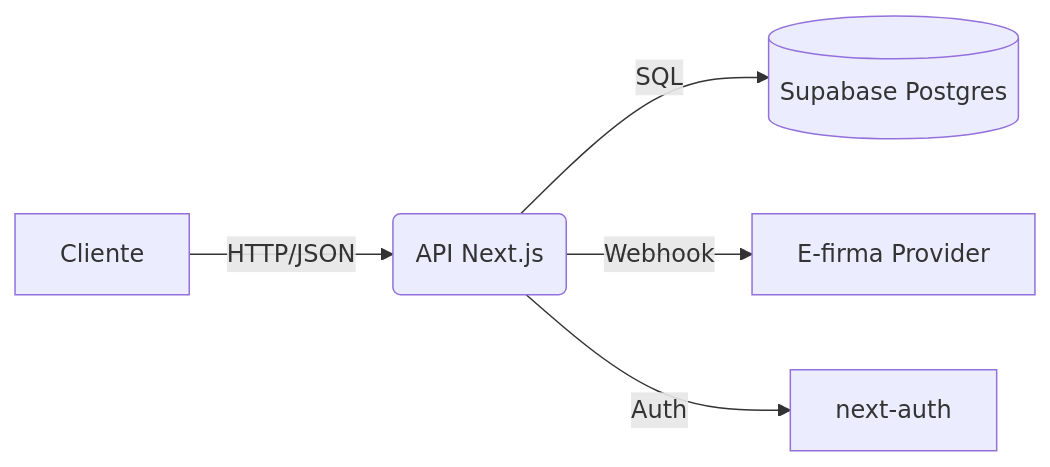
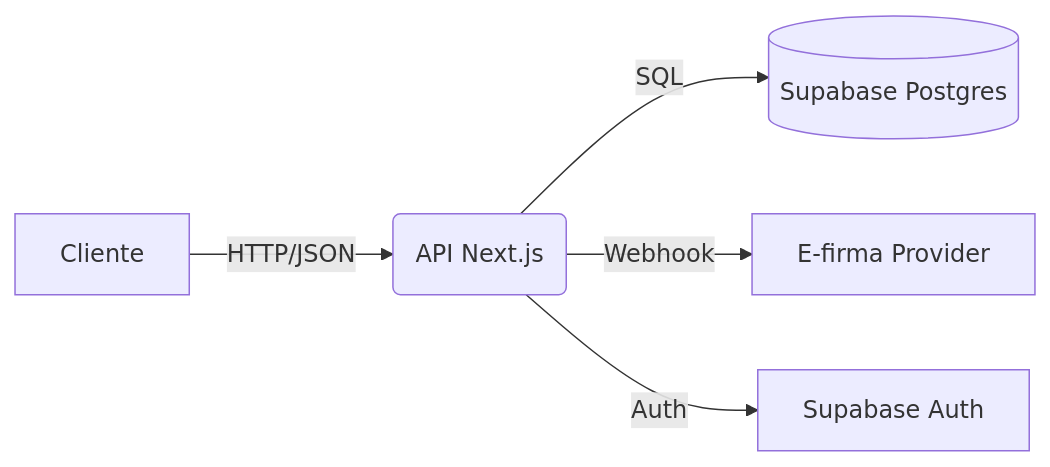
One commit to Ban68/LePret changed the diagram in docs/PLAN_DE_DESARROLLO.md. Above: the diagram before and after it, drawn with Mermaid. The commit also changed other lines of this file and 5 other files, not shown here.

````diff
--- a/docs/PLAN_DE_DESARROLLO.md
+++ b/docs/PLAN_DE_DESARROLLO.md
@@ -86,7 +86,7 @@
 ```mermaid
 flowchart LR
   A[Cliente] -- HTTP/JSON --> B(API Next.js)
   B -- SQL --> C[(Supabase Postgres)]
   B -- Webhook --> D[E-firma Provider]
-  B -- Auth --> E[next-auth]
+  B -- Auth --> E[Supabase Auth]
 ```
````
